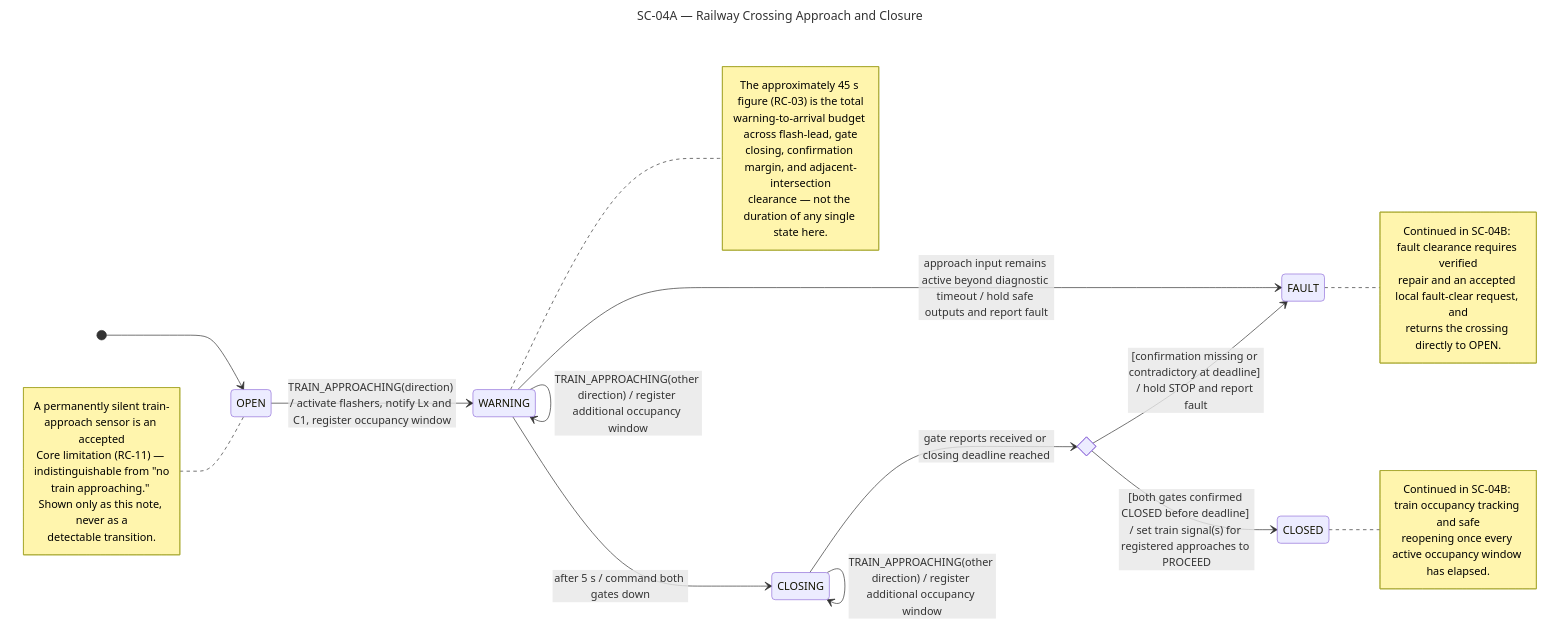
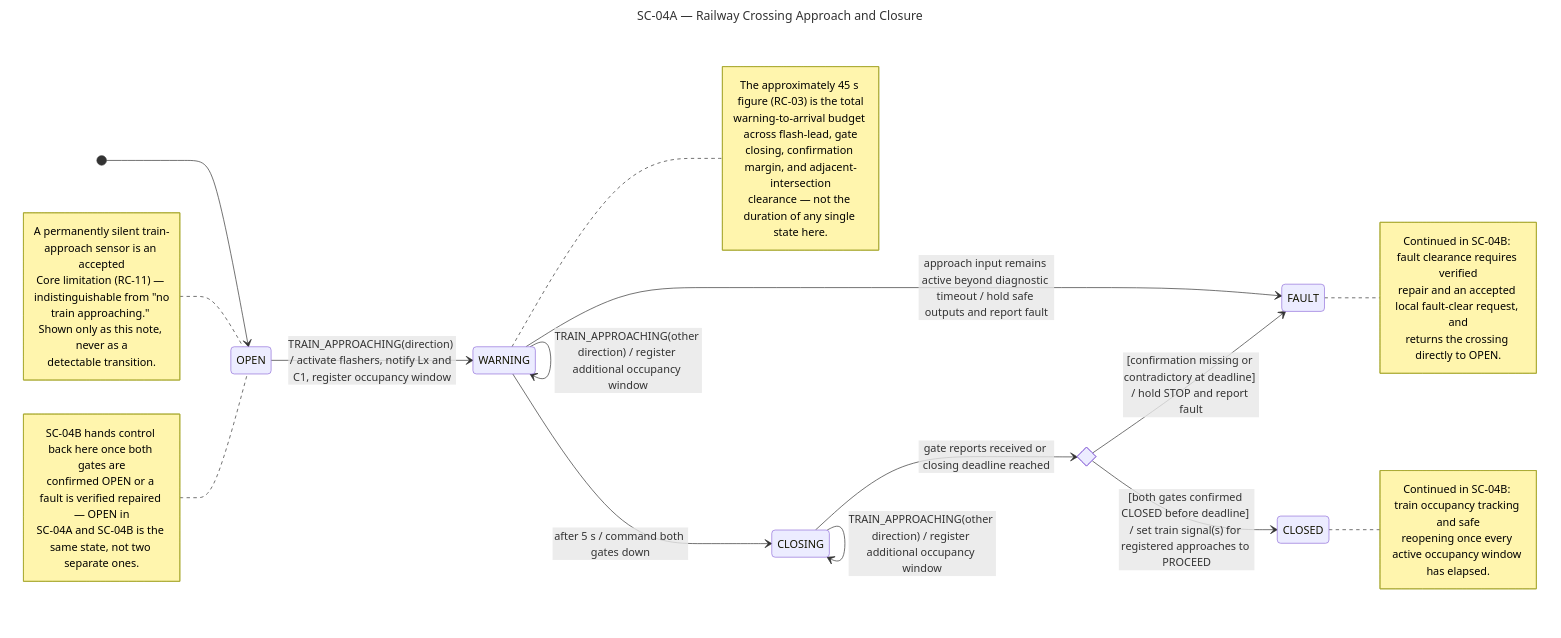
Before and after one commit to lucietran03/traffic-control-system: the seventh of 9 diagrams in STATE_CHARTS.md, drawn with Mermaid. The commit also changed other lines of this file and 7 other files, not shown here.

````diff
--- a/STATE_CHARTS.md
+++ b/STATE_CHARTS.md
@@ -241,45 +241,51 @@
 ```mermaid
 ---
 title: SC-04A — Railway Crossing Approach and Closure
 ---
 stateDiagram-v2
     accTitle: SC-04A Railway Crossing Approach and Closure
     accDescr: Railway-crossing operation from train approach detection through the warning interval and commanded gate closure to sensor-confirmed CLOSED, or a safe-side FAULT.
     direction LR
     [*] --> OPEN
     OPEN --> WARNING : TRAIN_APPROACHING(direction) / activate flashers, notify Lx and C1, register occupancy window
     WARNING --> WARNING : TRAIN_APPROACHING(other direction) / register additional occupancy window
     WARNING --> CLOSING : after 5 s / command both gates down
     WARNING --> FAULT : approach input remains active beyond diagnostic timeout / hold safe outputs and report fault
 
     state gate_confirmation <<choice>>
     CLOSING --> CLOSING : TRAIN_APPROACHING(other direction) / register additional occupancy window
     CLOSING --> gate_confirmation : gate reports received or closing deadline reached
     gate_confirmation --> CLOSED : [both gates confirmed CLOSED before deadline] / set train signal(s) for registered approaches to PROCEED
     gate_confirmation --> FAULT : [confirmation missing or contradictory at deadline] / hold STOP and report fault
 
     note right of WARNING
         The approximately 45 s figure (RC-03) is the total
         warning-to-arrival budget across flash-lead, gate
         closing, confirmation margin, and adjacent-intersection
         clearance — not the duration of any single state here.
     end note
 
     note left of OPEN
         A permanently silent train-approach sensor is an accepted
         Core limitation (RC-11) — indistinguishable from "no
         train approaching." Shown only as this note, never as a
         detectable transition.
     end note
 
+    note left of OPEN
+        SC-04B hands control back here once both gates are
+        confirmed OPEN or a fault is verified repaired — OPEN in
+        SC-04A and SC-04B is the same state, not two separate ones.
+    end note
+
     note right of CLOSED
         Continued in SC-04B: train occupancy tracking and safe
         reopening once every active occupancy window has elapsed.
     end note
 
     note right of FAULT
         Continued in SC-04B: fault clearance requires verified
         repair and an accepted local fault-clear request, and
         returns the crossing directly to OPEN.
     end note
 ```
````
